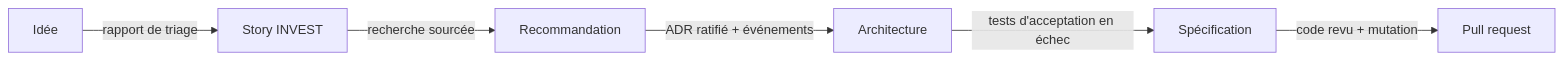
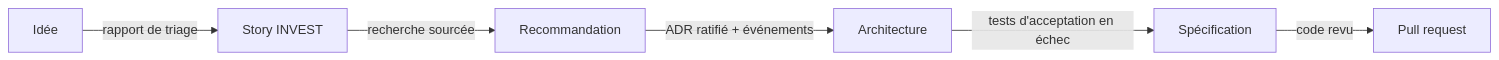
The diagram in docs/website/i18n/fr/docusaurus-plugin-content-docs/current/explanation/pipeline/fil-rouge.md (SebastienDegodez/skraft-plugin), drawn with Mermaid before and after one commit. The commit also changed other lines of this file and 48 other files, not shown here.

````diff
--- a/docs/website/i18n/fr/docusaurus-plugin-content-docs/current/explanation/pipeline/fil-rouge.md
+++ b/docs/website/i18n/fr/docusaurus-plugin-content-docs/current/explanation/pipeline/fil-rouge.md
@@ -29,8 +29,8 @@
 ```mermaid
 graph LR
     A[Idée] -->|rapport de triage| B[Story INVEST]
     B -->|recherche sourcée| R[Recommandation]
     R -->|ADR ratifié + événements| C[Architecture]
     C -->|tests d'acceptation en échec| D[Spécification]
-    D -->|code revu + mutation| E[Pull request]
+    D -->|code revu| E[Pull request]
 ```
````
